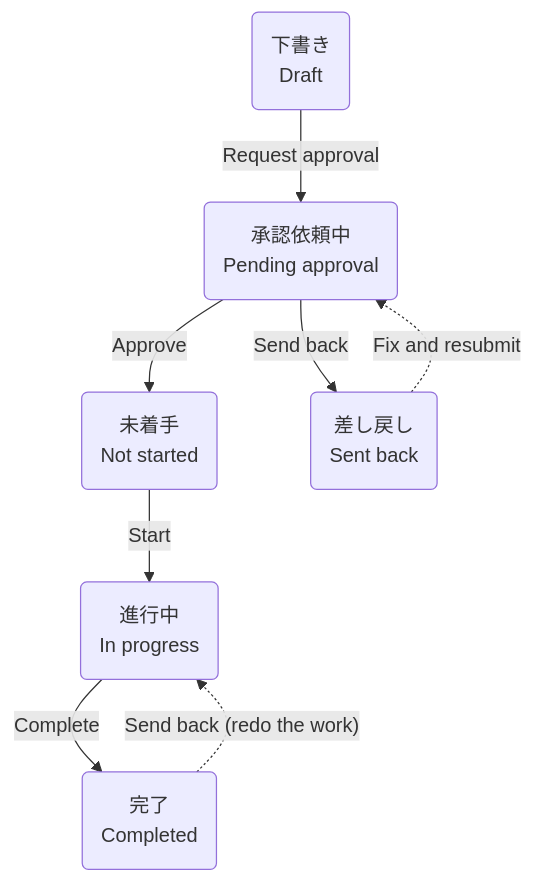
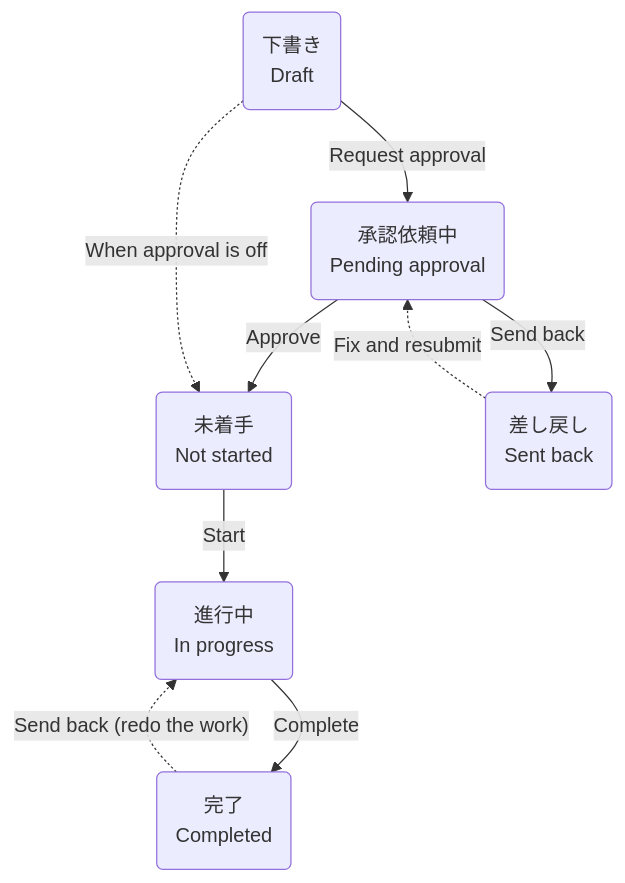
The first of 2 diagrams in coolify/apps/nextjs-web/content/manual/operations/sales/design-request/user.en.md (Kuisin/ckk-tool-v3), drawn with Mermaid before and after one commit. The commit also changed other lines of this file and 29 other files, not shown here.

````diff
--- a/coolify/apps/nextjs-web/content/manual/operations/sales/design-request/user.en.md
+++ b/coolify/apps/nextjs-web/content/manual/operations/sales/design-request/user.en.md
@@ -29,10 +29,11 @@
 ```mermaid
 flowchart TD
   draft("下書き<br/>Draft"):::gray -->|"Request approval"| req("承認依頼中<br/>Pending approval"):::yellow
   req -->|"Approve"| pend("未着手<br/>Not started"):::blue
   pend -->|"Start"| prog("進行中<br/>In progress"):::violet
   prog -->|"Complete"| done("完了<br/>Completed"):::green
   req -->|"Send back"| rej("差し戻し<br/>Sent back"):::red
   rej -.->|"Fix and resubmit"| req
   done -.->|"Send back (redo the work)"| prog
+  draft -.->|"When approval is off"| pend
 ```
````
